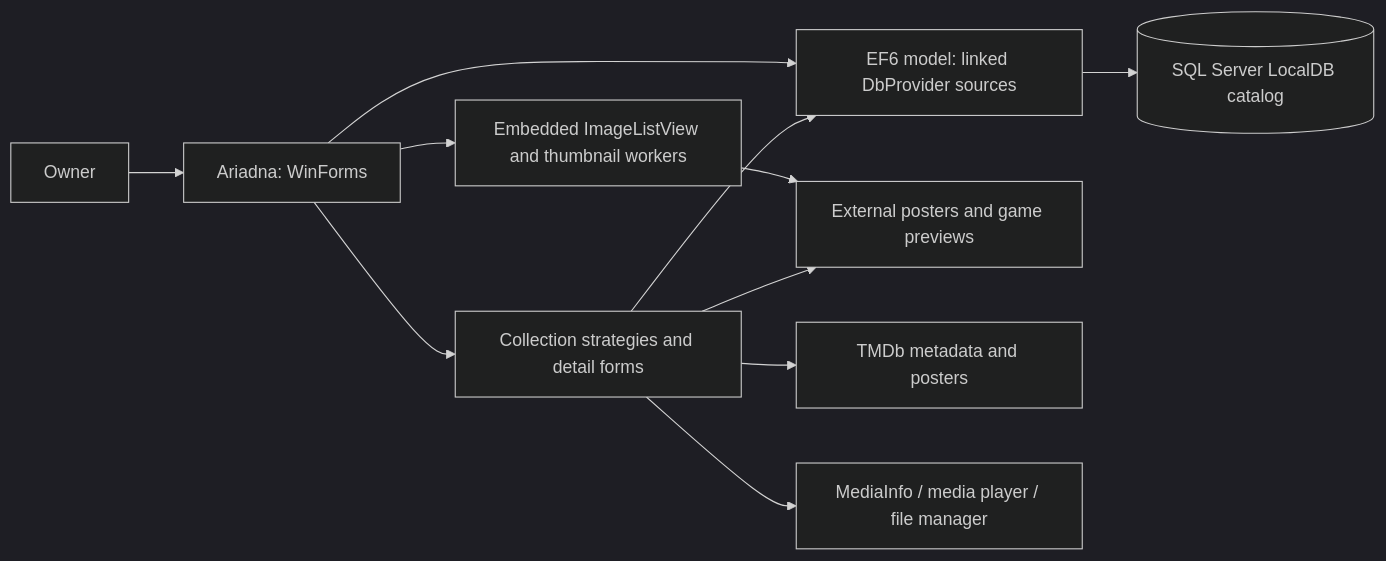
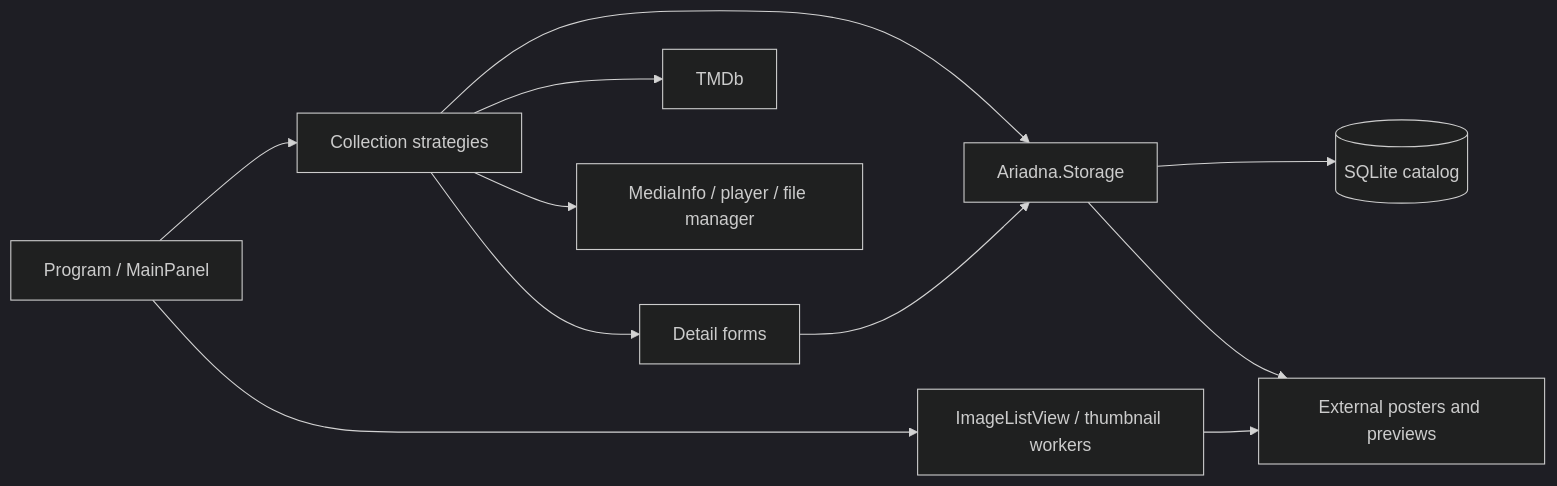
One commit to Tariatan/Ariadna changed the diagram in docs/Technical_Design_Description.md. Above: the diagram before and after it, drawn with Mermaid (dark theme). The commit also changed other lines of this file and 99 other files, not shown here.

````diff
--- a/docs/Technical_Design_Description.md
+++ b/docs/Technical_Design_Description.md
@@ -71,13 +73,13 @@
 ```mermaid
 flowchart LR
-    Owner[Owner] --> Desktop[Ariadna: WinForms]
-    Desktop --> Strategies[Collection strategies and detail forms]
-    Strategies --> Model[EF6 model: linked DbProvider sources]
-    Desktop --> Model
-    Model --> DB[(SQL Server LocalDB catalog)]
-    Strategies --> Assets[External posters and game previews]
-    Desktop --> Grid[Embedded ImageListView and thumbnail workers]
+    Desktop[Program / MainPanel] --> Strategies[Collection strategies]
+    Strategies --> Forms[Detail forms]
+    Strategies --> Store[Ariadna.Storage]
+    Forms --> Store
+    Store --> DB[(SQLite catalog)]
+    Store --> Assets[External posters and previews]
+    Desktop --> Grid[ImageListView / thumbnail workers]
     Grid --> Assets
-    Strategies --> TMDb[TMDb metadata and posters]
-    Strategies --> Tools[MediaInfo / media player / file manager]
+    Strategies --> TMDb[TMDb]
+    Strategies --> Tools[MediaInfo / player / file manager]
 ```
````
